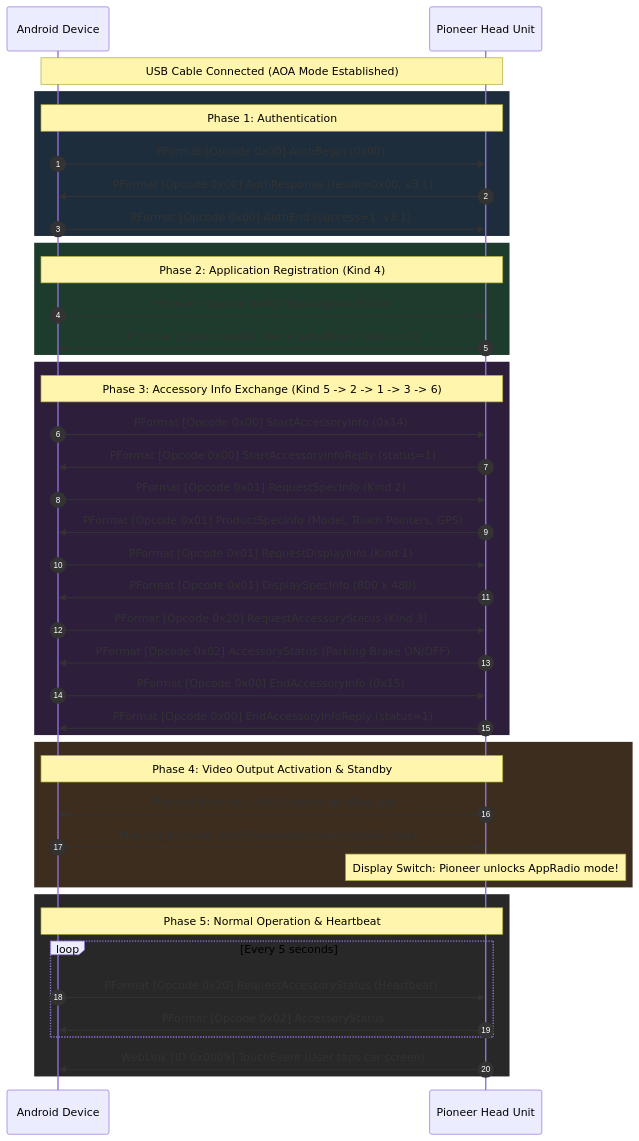
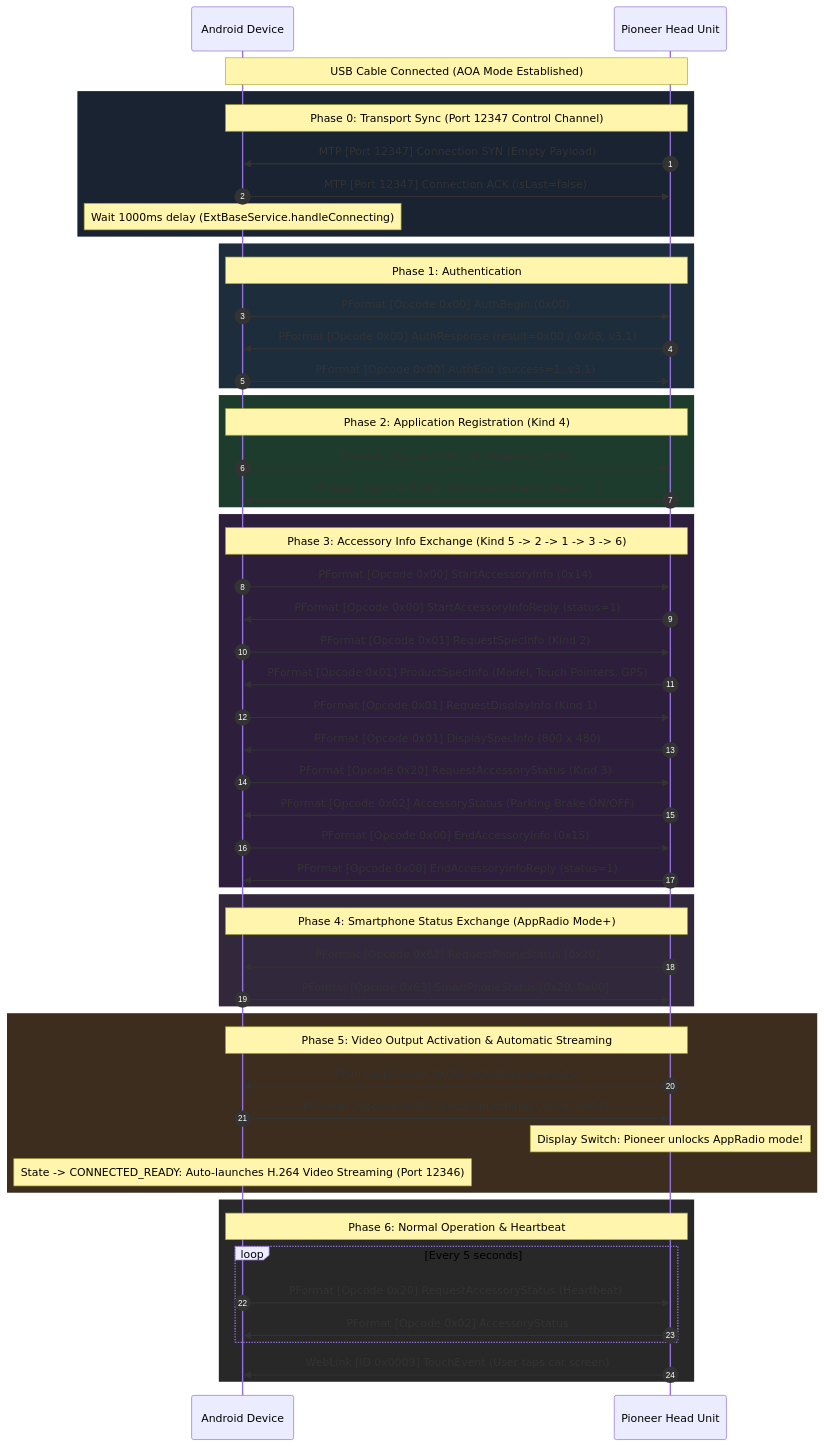
One commit to MuhammedSheref/AppRadioRE changed the diagram in docs/state_machine_and_handshake.md. Above: the diagram before and after it, drawn with Mermaid. The commit also changed other lines of this file and 3 other files, not shown here.

````diff
--- a/docs/state_machine_and_handshake.md
+++ b/docs/state_machine_and_handshake.md
@@ -13,55 +13,69 @@
 ```mermaid
 sequenceDiagram
     autonumber
     participant Phone as Android Device
     participant Stereo as Pioneer Head Unit
 
     Note over Phone,Stereo: USB Cable Connected (AOA Mode Established)
     
+    rect rgb(25, 35, 50)
+        Note over Phone,Stereo: Phase 0: Transport Sync (Port 12347 Control Channel)
+        Stereo->>Phone: MTP [Port 12347] Connection SYN (Empty Payload)
+        Phone->>Stereo: MTP [Port 12347] Connection ACK (isLast=false)
+        Note over Phone: Wait 1000ms delay (ExtBaseService.handleConnecting)
+    end
+
     rect rgb(30, 45, 60)
         Note over Phone,Stereo: Phase 1: Authentication
         Phone->>Stereo: PFormat [Opcode 0x00] AuthBegin (0x00)
-        Stereo->>Phone: PFormat [Opcode 0x00] AuthResponse (result=0x00, v3.1)
+        Stereo->>Phone: PFormat [Opcode 0x00] AuthResponse (result=0x00 / 0x08, v3.1)
         Phone->>Stereo: PFormat [Opcode 0x00] AuthEnd (success=1, v3.1)
     end
 
     rect rgb(30, 60, 45)
         Note over Phone,Stereo: Phase 2: Application Registration (Kind 4)
         Phone->>Stereo: PFormat [Opcode 0x00] StartAppAcc (0x10)
         Stereo->>Phone: PFormat [Opcode 0x00] StartAppAccReply (status=1)
     end
 
     rect rgb(45, 30, 60)
         Note over Phone,Stereo: Phase 3: Accessory Info Exchange (Kind 5 -> 2 -> 1 -> 3 -> 6)
         Phone->>Stereo: PFormat [Opcode 0x00] StartAccessoryInfo (0x14)
         Stereo->>Phone: PFormat [Opcode 0x00] StartAccessoryInfoReply (status=1)
         
         Phone->>Stereo: PFormat [Opcode 0x01] RequestSpecInfo (Kind 2)
         Stereo->>Phone: PFormat [Opcode 0x01] ProductSpecInfo (Model, Touch Pointers, GPS)
         
         Phone->>Stereo: PFormat [Opcode 0x01] RequestDisplayInfo (Kind 1)
         Stereo->>Phone: PFormat [Opcode 0x01] DisplaySpecInfo (800 x 480)
         
         Phone->>Stereo: PFormat [Opcode 0x20] RequestAccessoryStatus (Kind 3)
         Stereo->>Phone: PFormat [Opcode 0x02] AccessoryStatus (Parking Brake ON/OFF)
         
         Phone->>Stereo: PFormat [Opcode 0x00] EndAccessoryInfo (0x15)
         Stereo->>Phone: PFormat [Opcode 0x00] EndAccessoryInfoReply (status=1)
     end
 
+    rect rgb(50, 40, 60)
+        Note over Phone,Stereo: Phase 4: Smartphone Status Exchange (AppRadio Mode+)
+        Stereo->>Phone: PFormat [Opcode 0x62] RequestPhoneStatus [0x20]
+        Phone->>Stereo: PFormat [Opcode 0x63] SmartPhoneStatus [0x20, 0x00]
+    end
+
     rect rgb(60, 45, 30)
-        Note over Phone,Stereo: Phase 4: Video Output Activation & Standby
+        Note over Phone,Stereo: Phase 5: Video Output Activation & Automatic Streaming
         Stereo->>Phone: PFormat [Opcode 0x06] VideoOutputRequest
         Phone->>Stereo: PFormat [Opcode 0x06] VideoOutputReply [0x06, 0x01]
         Note over Stereo: Display Switch: Pioneer unlocks AppRadio mode!
+        Note over Phone: State -> CONNECTED_READY: Auto-launches H.264 Video Streaming (Port 12346)
     end
 
     rect rgb(40, 40, 40)
-        Note over Phone,Stereo: Phase 5: Normal Operation & Heartbeat
+        Note over Phone,Stereo: Phase 6: Normal Operation & Heartbeat
         loop Every 5 seconds
             Phone->>Stereo: PFormat [Opcode 0x20] RequestAccessoryStatus (Heartbeat)
             Stereo->>Phone: PFormat [Opcode 0x02] AccessoryStatus
         end
         Stereo->>Phone: WebLink [ID 0x0009] TouchEvent (User taps car screen)
     end
 ```
````
